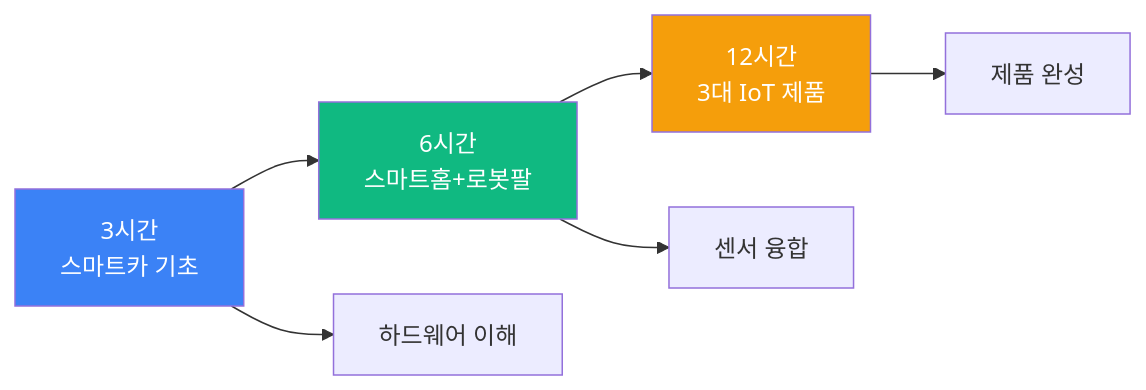
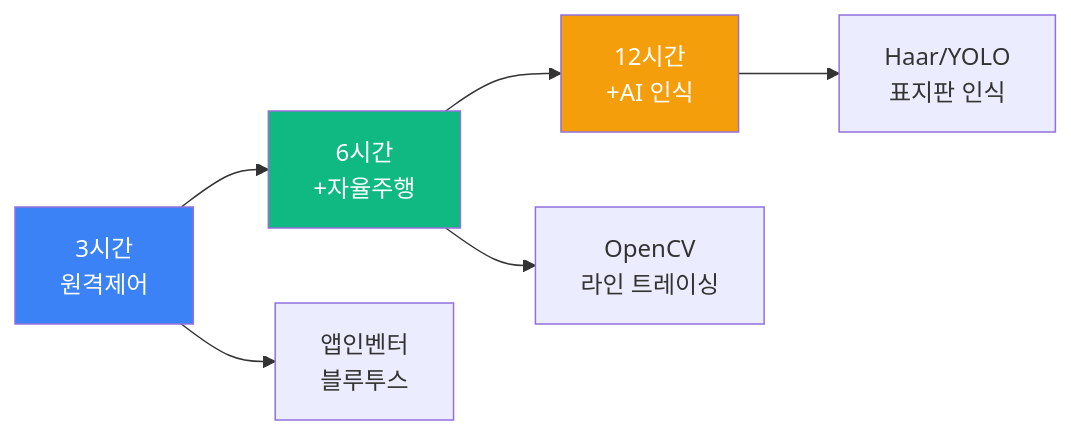
The first of 10 diagrams in documents/CURRICULUM/맛보기_아두이노_ESP32.md (Collegenie-X/AIMakerLab_Web), drawn with Mermaid before and after one commit. The commit also changed other lines of this file and 3 other files, not shown here.

````diff
--- a/documents/CURRICULUM/맛보기_아두이노_ESP32.md
+++ b/documents/CURRICULUM/맛보기_아두이노_ESP32.md
@@ -57,13 +70,13 @@
 ```mermaid
 graph LR
-    A[3시간<br/>스마트카 기초] --> B[6시간<br/>스마트홈+로봇팔]
-    B --> C[12시간<br/>3대 IoT 제품]
+    A[3시간<br/>원격제어] --> B[6시간<br/>+자율주행]
+    B --> C[12시간<br/>+AI 인식]
     
-    A --> A1[하드웨어 이해]
-    B --> B1[센서 융합]
-    C --> C1[제품 완성]
+    A --> A1[앱인벤터<br/>블루투스]
+    B --> B1[OpenCV<br/>라인 트레이싱]
+    C --> C1[Haar/YOLO<br/>표지판 인식]
     
     style A fill:#3b82f6,color:#fff
     style B fill:#10b981,color:#fff
     style C fill:#f59e0b,color:#fff
 ```
````
